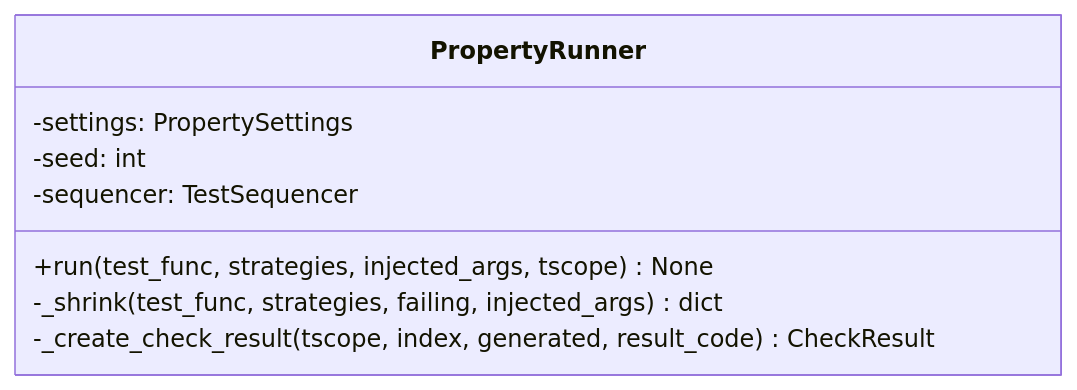
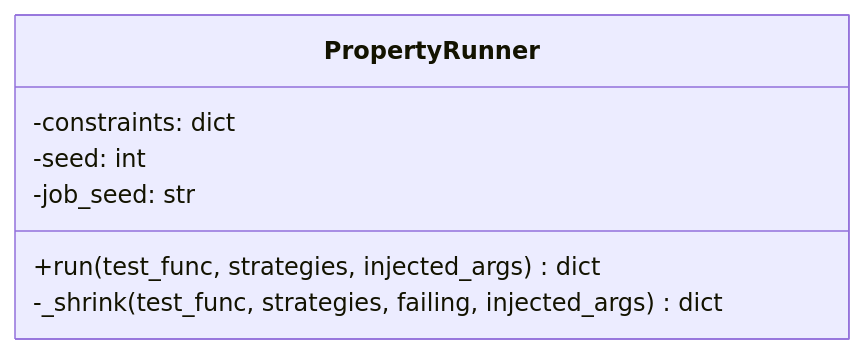
One commit to code-craft-ai-company/codecraftai-testbase changed the fourth of 10 diagrams in specs/property-testing/design.md. Above: the diagram before and after it, drawn with Mermaid. The commit also changed other lines of this file and 15 other files, not shown here.

````diff
--- a/specs/property-testing/design.md
+++ b/specs/property-testing/design.md
@@ -235,11 +237,10 @@
 ```mermaid
 classDiagram
     class PropertyRunner {
-        -settings: PropertySettings
+        -constraints: dict
         -seed: int
-        -sequencer: TestSequencer
-        +run(test_func, strategies, injected_args, tscope) None
+        -job_seed: str
+        +run(test_func, strategies, injected_args) dict
         -_shrink(test_func, strategies, failing, injected_args) dict
-        -_create_check_result(tscope, index, generated, result_code) CheckResult
     }
 ```
````
